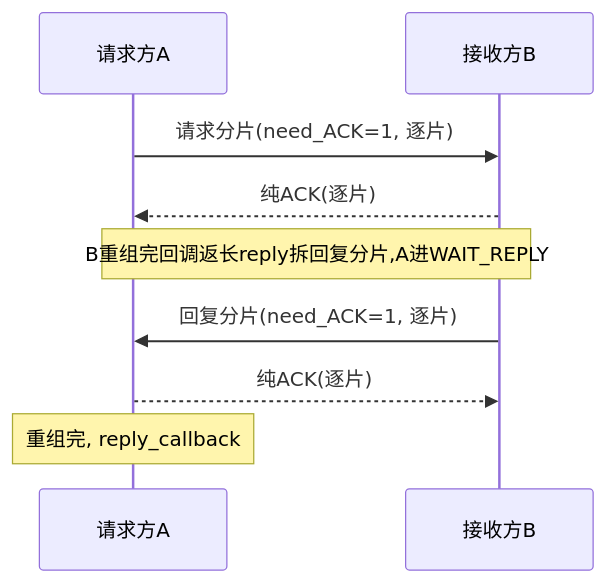
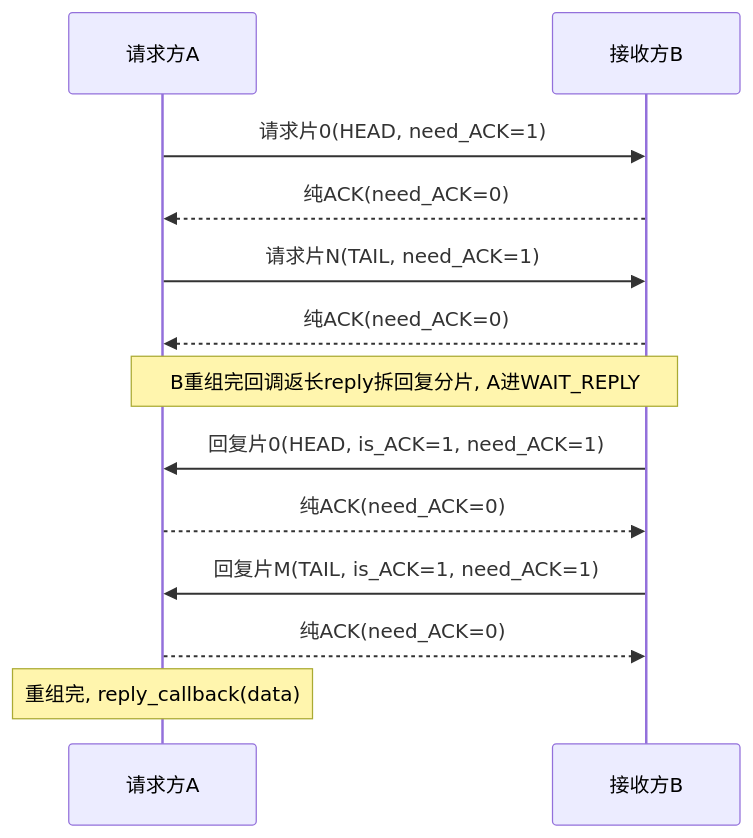
Before and after one commit to Siaiai/ObsidianNote: the sixth of 13 diagrams in 工作/项目/代码/260401S3分拣面板-SIA-R9000P.md, drawn with Mermaid. The commit also changed other lines of this file, not shown here.

````diff
--- a/工作/项目/代码/260401S3分拣面板-SIA-R9000P.md
+++ b/工作/项目/代码/260401S3分拣面板-SIA-R9000P.md
@@ -138,11 +176,15 @@
 ```mermaid
 sequenceDiagram
     participant A as 请求方A
     participant B as 接收方B
-    A->>B: 请求分片(need_ACK=1, 逐片)
-    B-->>A: 纯ACK(逐片)
-    Note over A,B: B重组完回调返长reply拆回复分片,A进WAIT_REPLY
-    B->>A: 回复分片(need_ACK=1, 逐片)
-    A-->>B: 纯ACK(逐片)
-    Note over A: 重组完, reply_callback
+    A->>B: 请求片0(HEAD, need_ACK=1)
+    B-->>A: 纯ACK(need_ACK=0)
+    A->>B: 请求片N(TAIL, need_ACK=1)
+    B-->>A: 纯ACK(need_ACK=0)
+    Note over A,B: B重组完回调返长reply拆回复分片, A进WAIT_REPLY
+    B->>A: 回复片0(HEAD, is_ACK=1, need_ACK=1)
+    A-->>B: 纯ACK(need_ACK=0)
+    B->>A: 回复片M(TAIL, is_ACK=1, need_ACK=1)
+    A-->>B: 纯ACK(need_ACK=0)
+    Note over A: 重组完, reply_callback(data)
 ```
````
